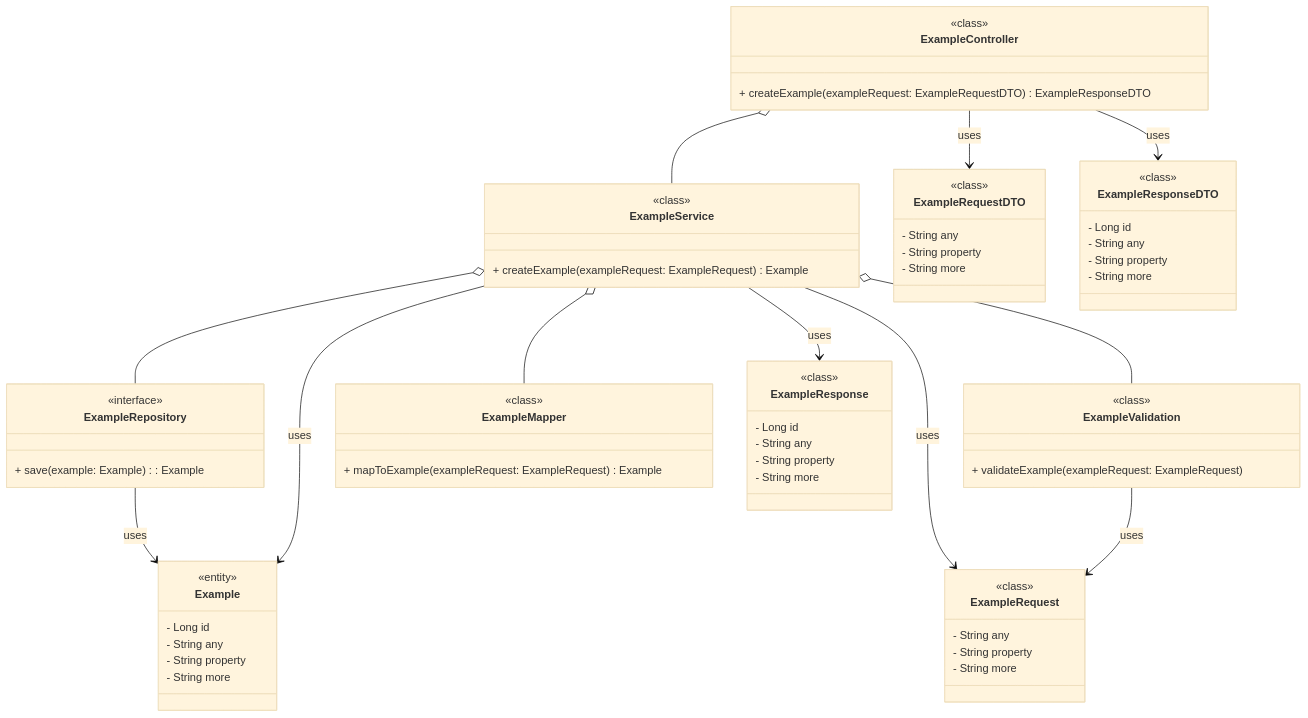
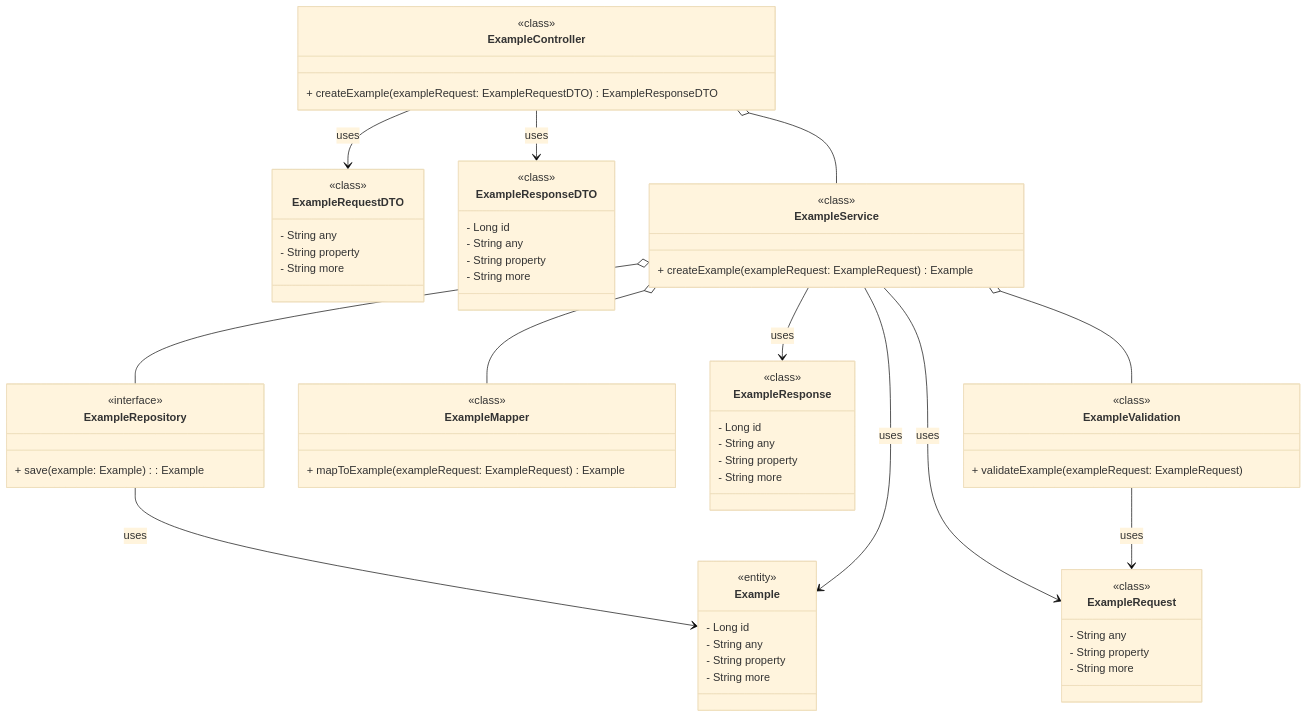
The second of 2 diagrams in src/site/markdown/mermaid.md (setmy-info/setmy-info.github.io), drawn with Mermaid (base theme) before and after one commit. The commit also changed other lines of this file, not shown here.

Commit message:
Refactored schema

````diff
--- a/src/site/markdown/mermaid.md
+++ b/src/site/markdown/mermaid.md
@@ -76,77 +80,77 @@
 ```mermaid
 classDiagram
     class ExampleController {
         <<class>>
         + createExample(exampleRequest: ExampleRequestDTO) ExampleResponseDTO
-    }
-
-    class ExampleService {
-        <<class>>
-        + createExample(exampleRequest: ExampleRequest) Example
-    }
-
-    class ExampleRepository {
-        <<interface>>
-        + save(example: Example): Example
-    }
-
-    class ExampleValidation {
-        <<class>>
-        + validateExample(exampleRequest: ExampleRequest)
-    }
-
-    class ExampleMapper {
-        <<class>>
-        + mapToExample(exampleRequest: ExampleRequest) Example
     }
 
     class ExampleRequestDTO {
         <<class>>
         - String any
         - String property
         - String more
     }
 
     class ExampleResponseDTO {
         <<class>>
         - Long id
         - String any
         - String property
         - String more
     }
 
+    class ExampleService {
+        <<class>>
+        + createExample(exampleRequest: ExampleRequest) Example
+    }
+
+    class ExampleValidation {
+        <<class>>
+        + validateExample(exampleRequest: ExampleRequest)
+    }
+
+    class ExampleMapper {
+        <<class>>
+        + mapToExample(exampleRequest: ExampleRequest) Example
+    }
+
     class ExampleRequest {
         <<class>>
         - String any
         - String property
         - String more
     }
 
     class ExampleResponse {
         <<class>>
         - Long id
         - String any
         - String property
         - String more
+    }
+
+    class ExampleRepository {
+        <<interface>>
+        + save(example: Example): Example
     }
 
     class Example {
         <<entity>>
         - Long id
         - String any
         - String property
         - String more
     }
 
     ExampleController o-- ExampleService
     ExampleService o-- ExampleRepository
     ExampleService o-- ExampleValidation
     ExampleService o-- ExampleMapper
     ExampleController --> ExampleRequestDTO: uses
     ExampleController --> ExampleResponseDTO: uses
     ExampleService --> ExampleRequest: uses
     ExampleService --> ExampleResponse: uses
     ExampleValidation --> ExampleRequest: uses
     ExampleRepository --> Example: uses
     ExampleService --> Example: uses
 ```
````
